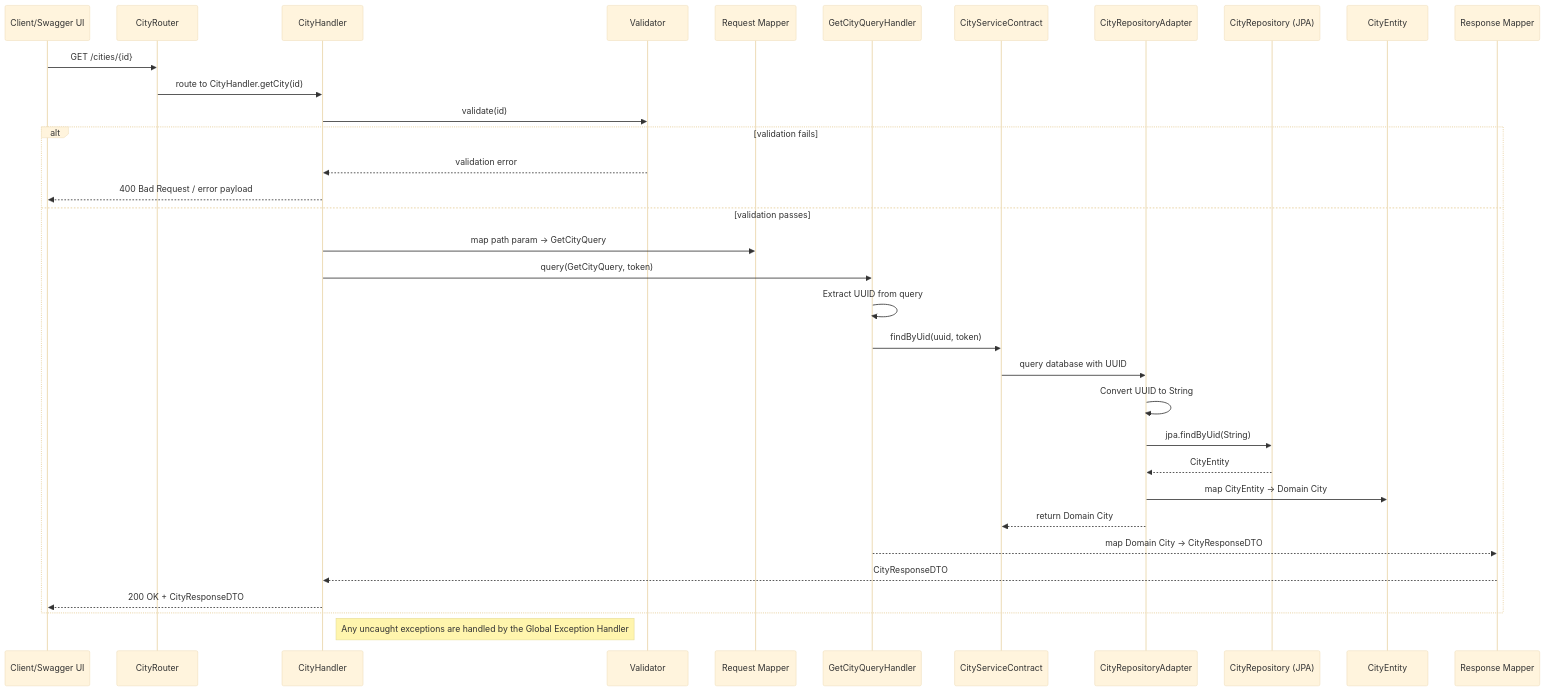
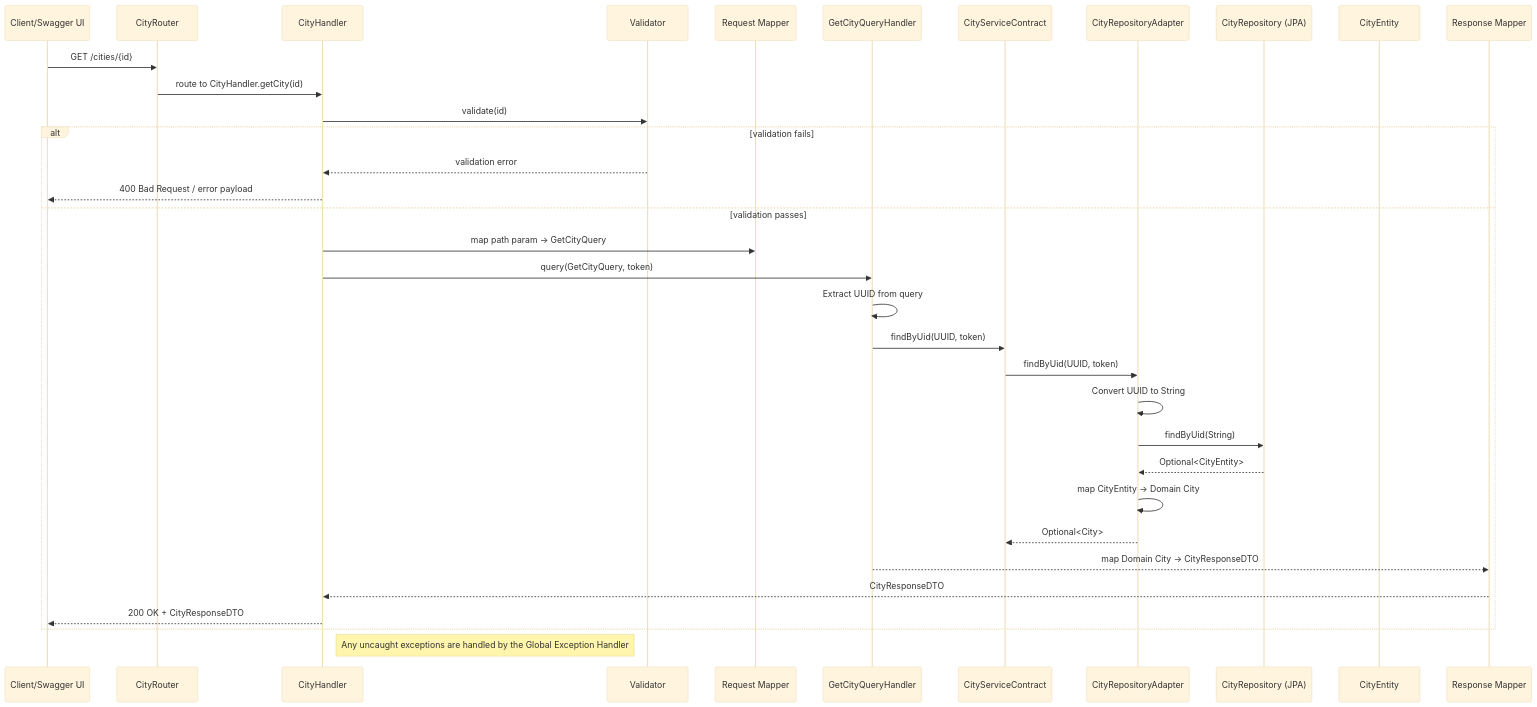
The third of 3 diagrams in Architecture.md (rajib-reea/spring-hexagonal-pjt), drawn with Mermaid (base theme) before and after one commit.

Commit message:
Clarify sequence diagram to show proper interface boundaries and types

````diff
--- a/Architecture.md
+++ b/Architecture.md
@@ -253,38 +253,38 @@
 ```mermaid
 sequenceDiagram
     participant Client as Client/Swagger UI
     participant Router as CityRouter
     participant Handler as CityHandler
     participant Validator as Validator
     participant ReqMapper as Request Mapper
     participant UseCase as GetCityQueryHandler
     participant Persistence as CityServiceContract
     participant Adapter as CityRepositoryAdapter
     participant Repo as CityRepository (JPA)
     participant Entity as CityEntity
     participant ResMapper as Response Mapper
 
     Client->>Router: GET /cities/{id}
     Router->>Handler: route to CityHandler.getCity(id)
     Handler->>Validator: validate(id)
     alt validation fails
         Validator-->>Handler: validation error
         Handler-->>Client: 400 Bad Request / error payload
     else validation passes
         Handler->>ReqMapper: map path param -> GetCityQuery
         Handler->>UseCase: query(GetCityQuery, token)
         UseCase->>UseCase: Extract UUID from query
-        UseCase->>Persistence: findByUid(uuid, token)
-        Persistence->>Adapter: query database with UUID
+        UseCase->>Persistence: findByUid(UUID, token)
+        Persistence->>Adapter: findByUid(UUID, token)
         Adapter->>Adapter: Convert UUID to String
-        Adapter->>Repo: jpa.findByUid(String)
-        Repo-->>Adapter: CityEntity
-        Adapter->>Entity: map CityEntity -> Domain City
-        Adapter-->>Persistence: return Domain City
+        Adapter->>Repo: findByUid(String)
+        Repo-->>Adapter: Optional<CityEntity>
+        Adapter->>Adapter: map CityEntity -> Domain City
+        Adapter-->>Persistence: Optional<City>
         UseCase-->>ResMapper: map Domain City -> CityResponseDTO
         ResMapper-->>Handler: CityResponseDTO
         Handler-->>Client: 200 OK + CityResponseDTO
     end
 
     note right of Handler: Any uncaught exceptions are handled by the Global Exception Handler
 ```
````
